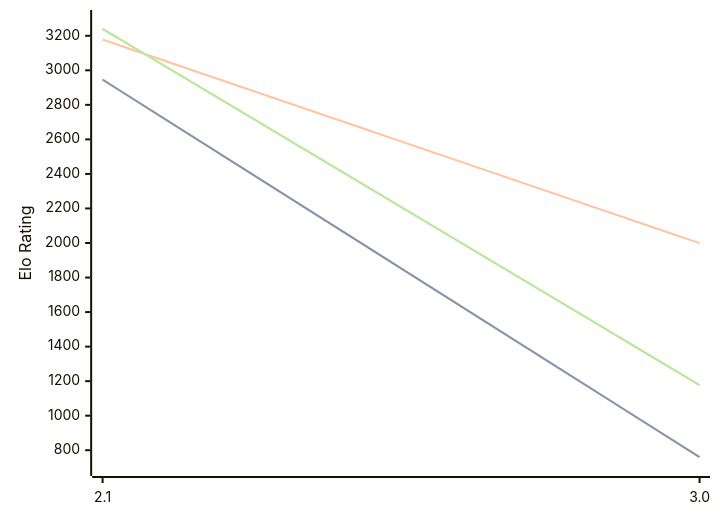
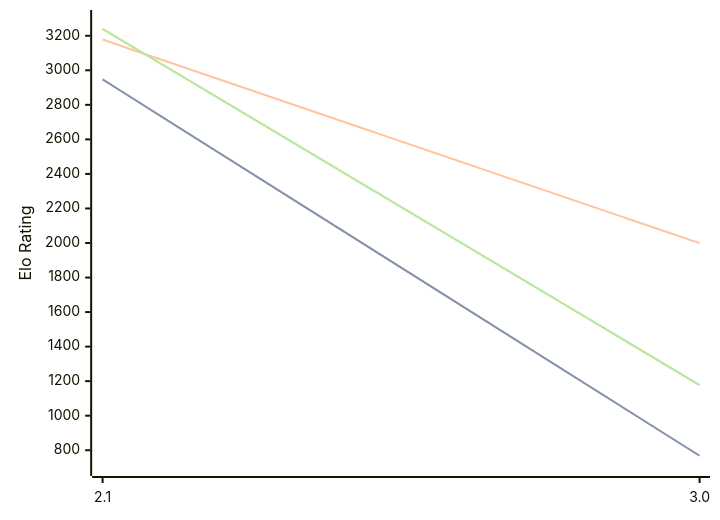
Before and after one commit to computer-chess-index/cci: the diagram in engines/Quirky.md, drawn with Mermaid. The commit also changed other lines of this file, not shown here.

````diff
--- a/engines/Quirky.md
+++ b/engines/Quirky.md
@@ -34,11 +34,11 @@
 ```mermaid
 %%{init: {"theme":"base","themeVariables":{"seriesColors:['#a3a3a3','#222221','#faa371']}}}%%
 xychart-beta
   x-axis ["2.1", "3.0"]
   y-axis "Elo Rating" 700 --> 3300
-  line "STC (8.0+0.08s)" [2946, 760]
-  line "STC (8.0+0.08s)" [2946, 760]
+  line "STC (8.0+0.08s)" [2947, 768]
+  line "STC (8.0+0.08s)" [2947, 768]
   line "LTC (60.0+0.60s)" [3178, 1999]
   line "VLTC (2m24s+1.12s)" [3240, 1177]
   line "VLTC (2m24s+1.12s)" [3240, 1177]
 ```
````
